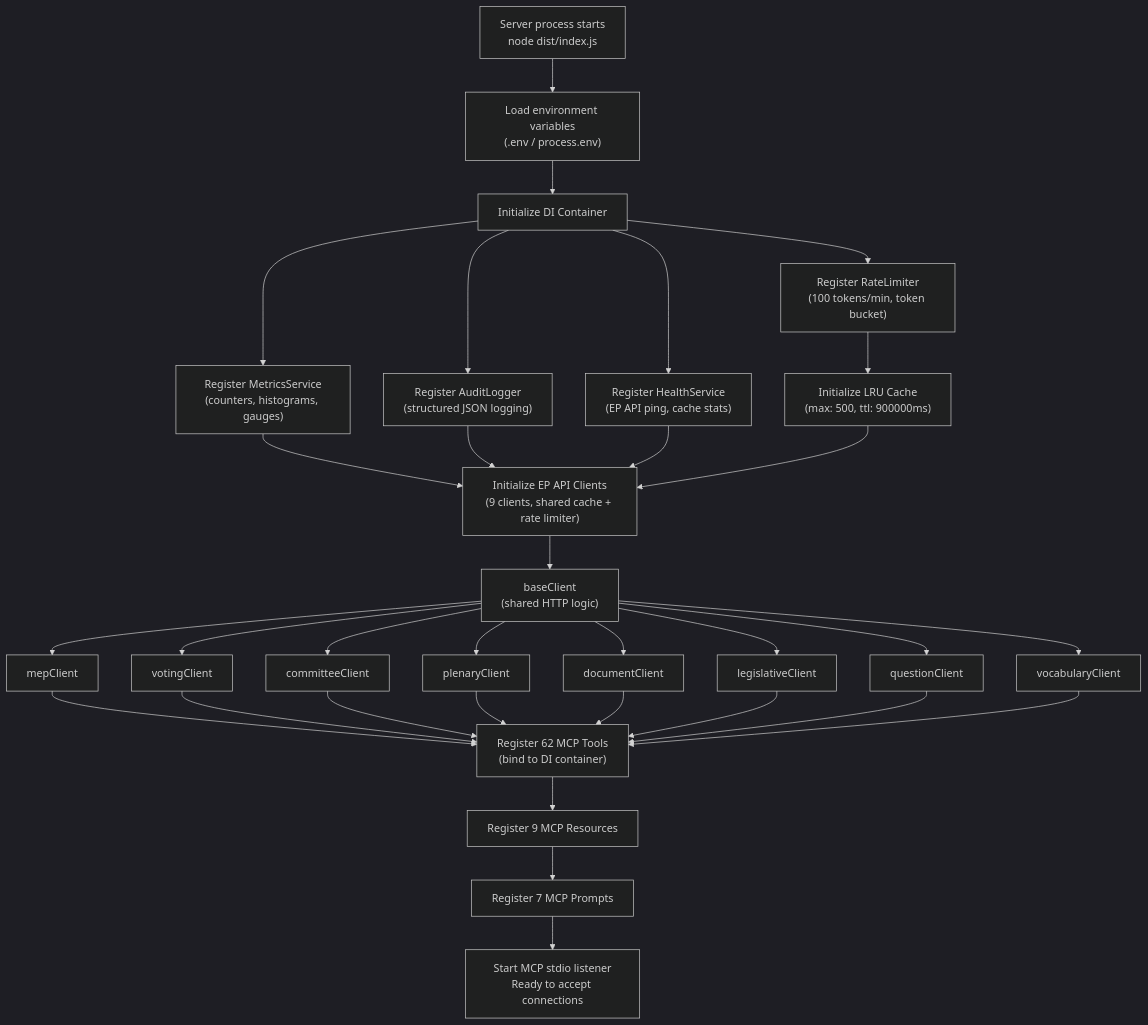
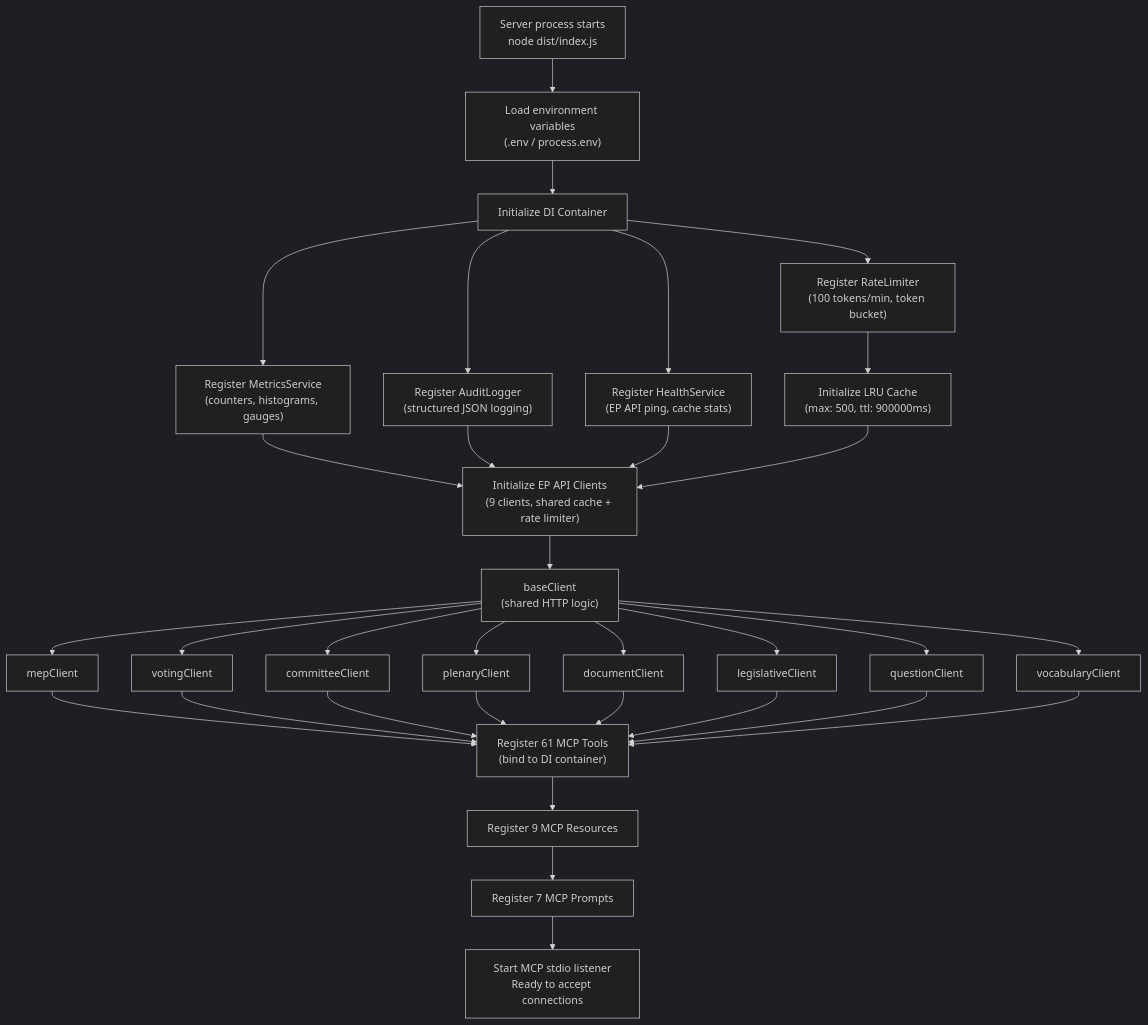
One commit to Hack23/European-Parliament-MCP-Server changed the fourth of 7 diagrams in FLOWCHART.md. Above: the diagram before and after it, drawn with Mermaid (dark theme). The commit also changed 15 other files, not shown here.

Commit message:
docs: fix tool count 62→61 (correct actual withCategory invocations), fix component diagram with feed tools

````diff
--- a/FLOWCHART.md
+++ b/FLOWCHART.md
@@ -147,34 +147,34 @@
 ```mermaid
 flowchart TD
     START["Server process starts\nnode dist/index.js"] --> ENV["Load environment variables\n(.env / process.env)"]
     ENV --> DI["Initialize DI Container"]
     DI --> RL_INIT["Register RateLimiter\n(100 tokens/min, token bucket)"]
     DI --> MS_INIT["Register MetricsService\n(counters, histograms, gauges)"]
     DI --> AL_INIT["Register AuditLogger\n(structured JSON logging)"]
     DI --> HS_INIT["Register HealthService\n(EP API ping, cache stats)"]
     RL_INIT --> CACHE_INIT["Initialize LRU Cache\n(max: 500, ttl: 900000ms)"]
     MS_INIT --> CLIENTS["Initialize EP API Clients\n(9 clients, shared cache + rate limiter)"]
     AL_INIT --> CLIENTS
     HS_INIT --> CLIENTS
     CACHE_INIT --> CLIENTS
     CLIENTS --> BC["baseClient\n(shared HTTP logic)"]
     BC --> MC["mepClient"]
     BC --> VC["votingClient"]
     BC --> CC["committeeClient"]
     BC --> PC["plenaryClient"]
     BC --> DC["documentClient"]
     BC --> LC["legislativeClient"]
     BC --> QC["questionClient"]
     BC --> VCC["vocabularyClient"]
-    MC --> TOOLS["Register 62 MCP Tools\n(bind to DI container)"]
+    MC --> TOOLS["Register 61 MCP Tools\n(bind to DI container)"]
     VC --> TOOLS
     CC --> TOOLS
     PC --> TOOLS
     DC --> TOOLS
     LC --> TOOLS
     QC --> TOOLS
     VCC --> TOOLS
     TOOLS --> RES["Register 9 MCP Resources"]
     RES --> PROMPTS["Register 7 MCP Prompts"]
     PROMPTS --> LISTEN["Start MCP stdio listener\nReady to accept connections"]
 ```
````
